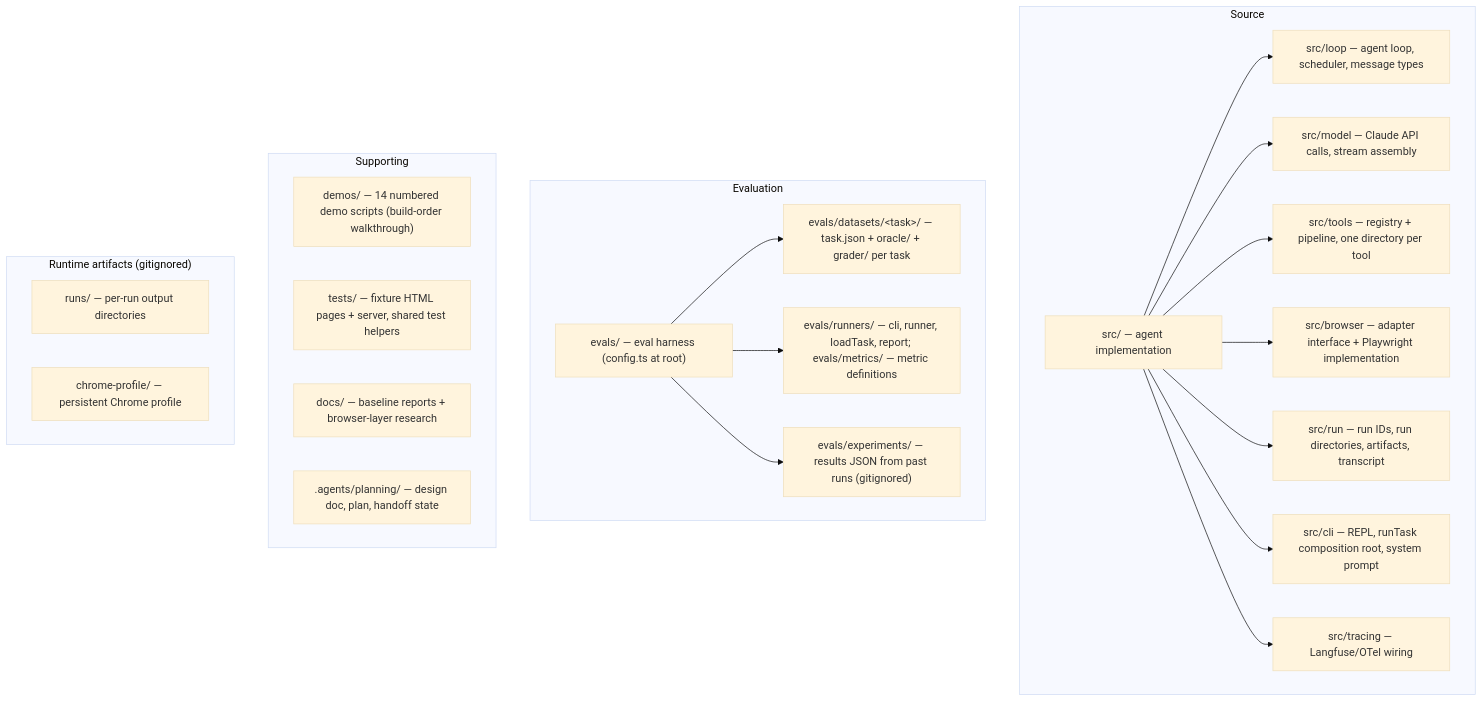
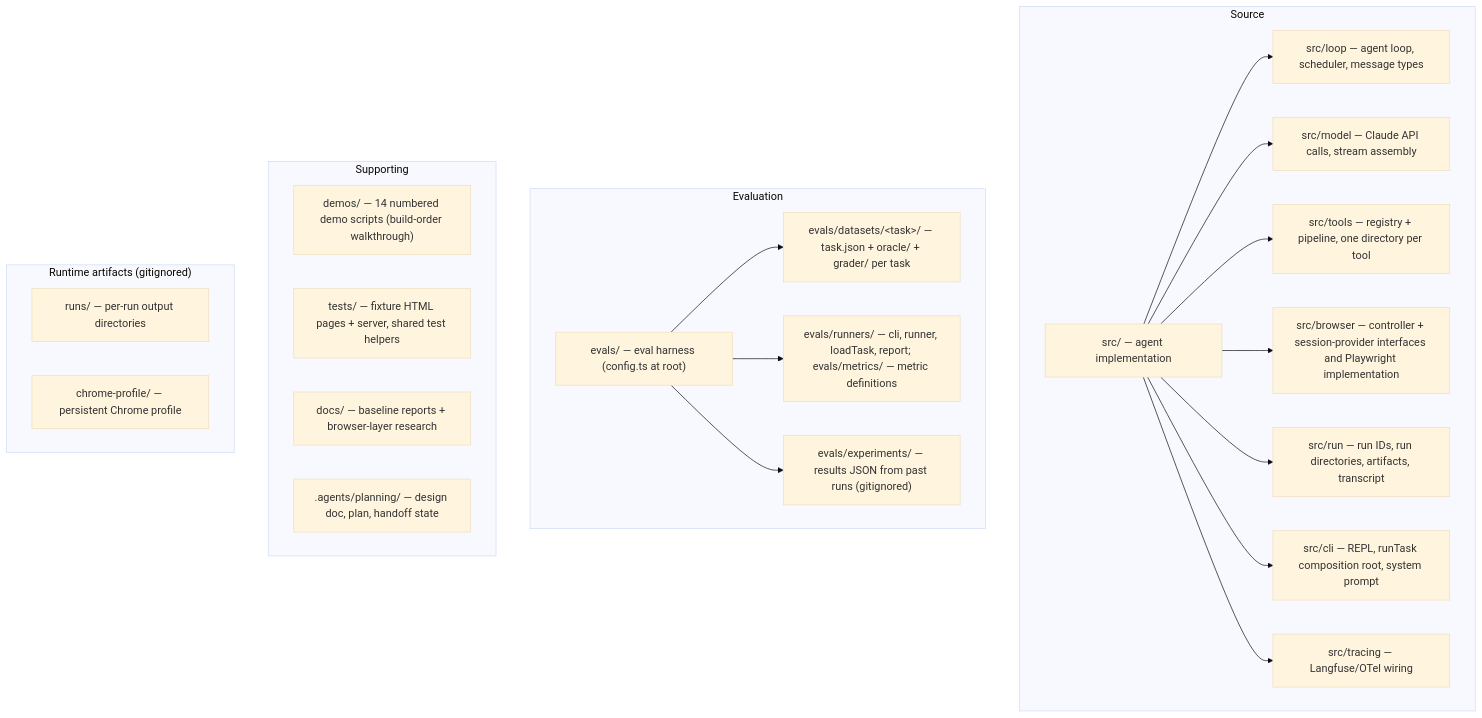
One commit to briosolivares/evidence-collection-agent changed the diagram in .agents/summary/codebase_info.md. Above: the diagram before and after it, drawn with Mermaid (base theme). The commit also changed other lines of this file and 55 other files, not shown here.

Commit message:
refactor: separate browser controllers from session providers

````diff
--- a/.agents/summary/codebase_info.md
+++ b/.agents/summary/codebase_info.md
@@ -26,29 +26,29 @@
 ```mermaid
 graph TB
     subgraph Source
         SRC["src/ — agent implementation"]
         SRC --> LOOP["src/loop — agent loop, scheduler, message types"]
         SRC --> MODEL["src/model — Claude API calls, stream assembly"]
         SRC --> TOOLS["src/tools — registry + pipeline, one directory per tool"]
-        SRC --> BROWSER["src/browser — adapter interface + Playwright implementation"]
+        SRC --> BROWSER["src/browser — controller + session-provider interfaces and Playwright implementation"]
         SRC --> RUN["src/run — run IDs, run directories, artifacts, transcript"]
         SRC --> CLI["src/cli — REPL, runTask composition root, system prompt"]
         SRC --> TRACE["src/tracing — Langfuse/OTel wiring"]
     end
     subgraph Evaluation
         EVALS["evals/ — eval harness (config.ts at root)"]
         EVALS --> TASKS["evals/datasets/&lt;task&gt;/ — task.json + oracle/ + grader/ per task"]
         EVALS --> RUNNER["evals/runners/ — cli, runner, loadTask, report; evals/metrics/ — metric definitions"]
         EVALS --> EXPER["evals/experiments/ — results JSON from past runs (gitignored)"]
     end
     subgraph Supporting
         DEMOS["demos/ — 14 numbered demo scripts (build-order walkthrough)"]
         TESTS["tests/ — fixture HTML pages + server, shared test helpers"]
         DOCS["docs/ — baseline reports + browser-layer research"]
         PLAN[".agents/planning/ — design doc, plan, handoff state"]
     end
     subgraph "Runtime artifacts (gitignored)"
         RUNS["runs/ — per-run output directories"]
         PROFILE["chrome-profile/ — persistent Chrome profile"]
     end
 ```
````
